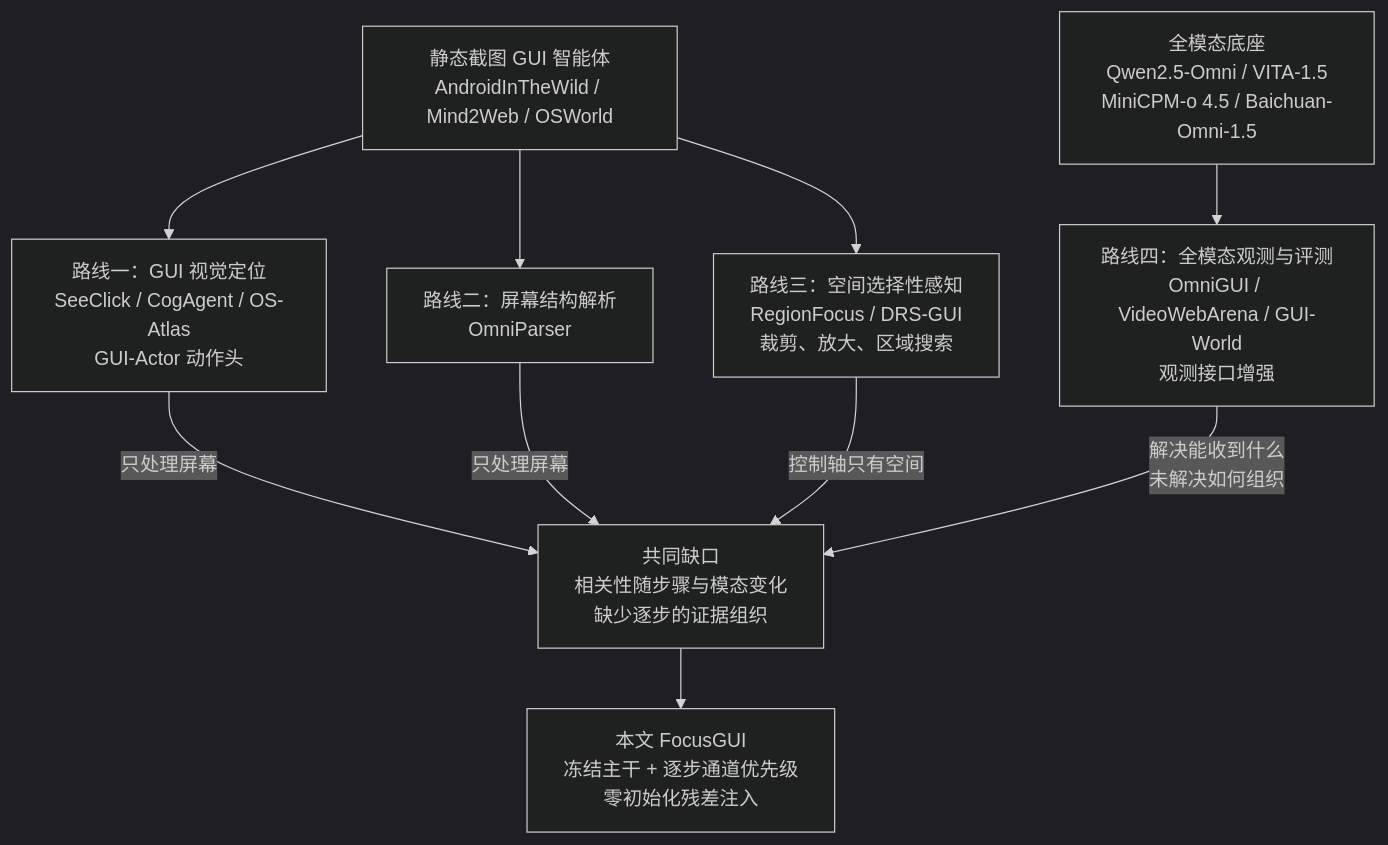
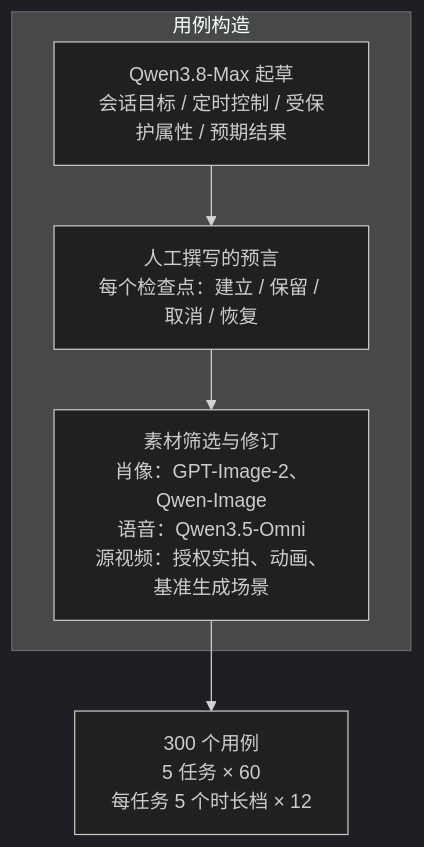
One commit to yingwang/paper-reads changed the second of 4 diagrams in docs/index.md. Above: the diagram before and after it, drawn with Mermaid (dark theme). The commit also changed other lines of this file and 2 other files, not shown here.

First line of the commit message:
Add 2026-10-22-streameval-interactive-streaming-video-generation-benchmark

````diff
--- a/docs/index.md
+++ b/docs/index.md
@@ -145,12 +70,8 @@
 ```mermaid
-flowchart TD
-    S["静态截图 GUI 智能体<br/>AndroidInTheWild / Mind2Web / OSWorld"] --> G["路线一：GUI 视觉定位<br/>SeeClick / CogAgent / OS-Atlas<br/>GUI-Actor 动作头"]
-    S --> P["路线二：屏幕结构解析<br/>OmniParser"]
-    S --> R["路线三：空间选择性感知<br/>RegionFocus / DRS-GUI<br/>裁剪、放大、区域搜索"]
-    M["全模态底座<br/>Qwen2.5-Omni / VITA-1.5<br/>MiniCPM-o 4.5 / Baichuan-Omni-1.5"] --> B["路线四：全模态观测与评测<br/>OmniGUI / VideoWebArena / GUI-World<br/>观测接口增强"]
-    G -->|"只处理屏幕"| GAP["共同缺口<br/>相关性随步骤与模态变化<br/>缺少逐步的证据组织"]
-    P -->|"只处理屏幕"| GAP
-    R -->|"控制轴只有空间"| GAP
-    B -->|"解决能收到什么<br/>未解决如何组织"| GAP
-    GAP --> F["本文 FocusGUI<br/>冻结主干 + 逐步通道优先级<br/>零初始化残差注入"]
+flowchart TB
+    subgraph 用例构造
+        A[Qwen3.8-Max 起草<br/>会话目标 / 定时控制 / 受保护属性 / 预期结果] --> B[人工撰写的预言<br/>每个检查点：建立 / 保留 / 取消 / 恢复]
+        B --> C[素材筛选与修订<br/>肖像：GPT-Image-2、Qwen-Image<br/>语音：Qwen3.5-Omni<br/>源视频：授权实拍、动画、基准生成场景]
+    end
+    C --> D[300 个用例<br/>5 任务 × 60<br/>每任务 5 个时长档 × 12]
 ```
````
